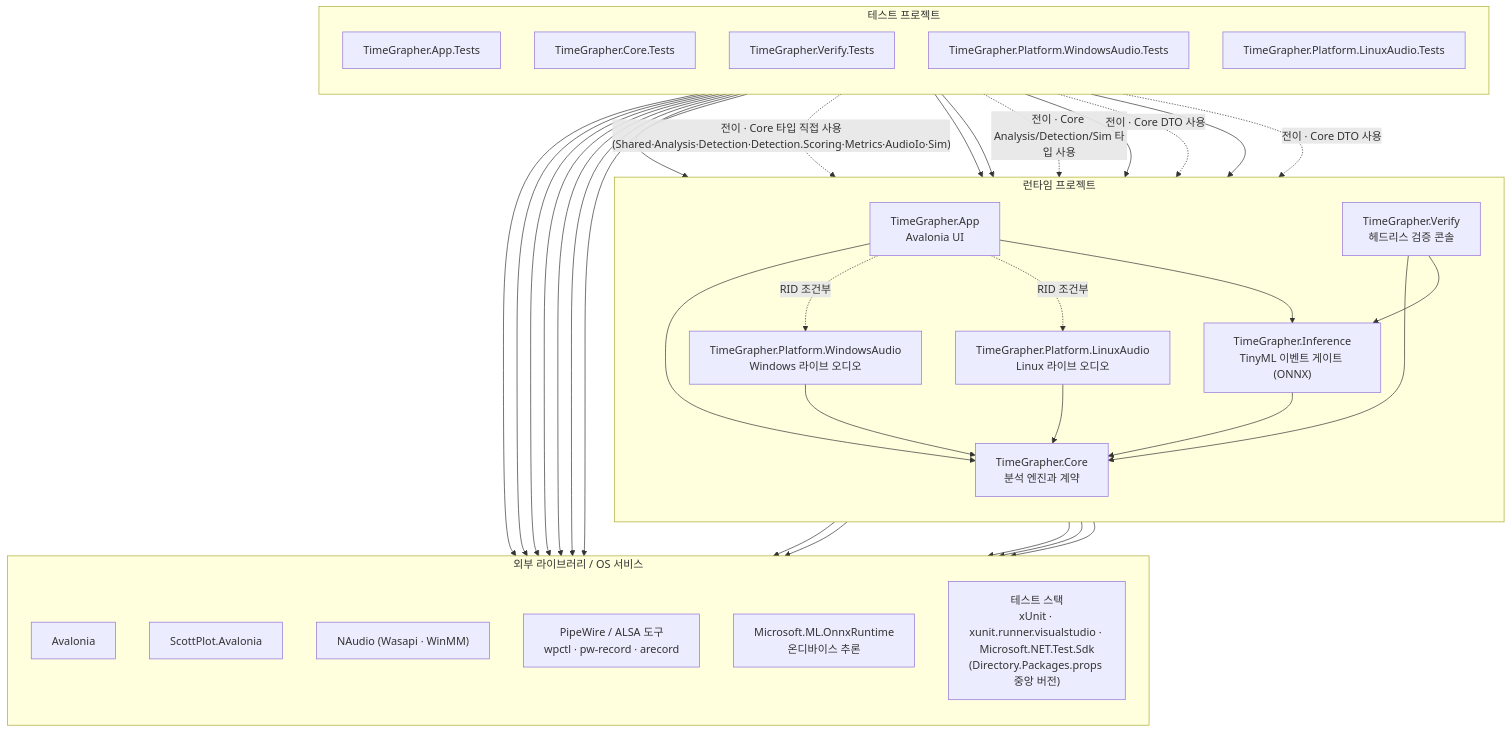
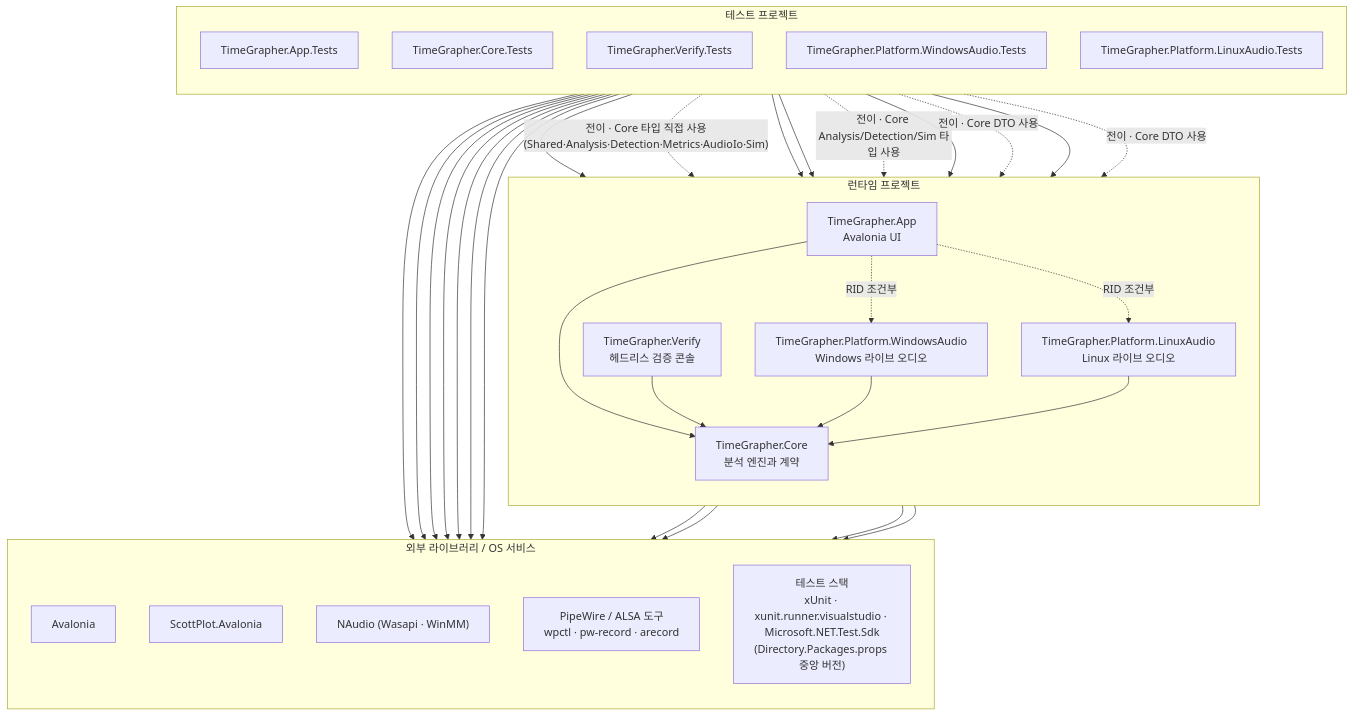
Before and after one commit to Jae-hong-5/TimeGrapher-Net: the first of 3 diagrams in docs/for-ai/MODULE_USES_VIEW.md, drawn with Mermaid. The commit also changed other lines of this file and 4 other files, not shown here.

````diff
--- a/docs/for-ai/MODULE_USES_VIEW.md
+++ b/docs/for-ai/MODULE_USES_VIEW.md
@@ -9,64 +9,58 @@
 ```mermaid
 flowchart TB
     subgraph Runtime["런타임 프로젝트"]
         direction TB
         App["TimeGrapher.App<br/>Avalonia UI"]
         Verify["TimeGrapher.Verify<br/>헤드리스 검증 콘솔"]
         WindowsAudio["TimeGrapher.Platform.WindowsAudio<br/>Windows 라이브 오디오"]
         LinuxAudio["TimeGrapher.Platform.LinuxAudio<br/>Linux 라이브 오디오"]
-        Inference["TimeGrapher.Inference<br/>TinyML 이벤트 게이트 (ONNX)"]
         Core["TimeGrapher.Core<br/>분석 엔진과 계약"]
     end
 
     subgraph Tests["테스트 프로젝트"]
         direction TB
         AppTests["TimeGrapher.App.Tests"]
         CoreTests["TimeGrapher.Core.Tests"]
         VerifyTests["TimeGrapher.Verify.Tests"]
         WindowsAudioTests["TimeGrapher.Platform.WindowsAudio.Tests"]
         LinuxAudioTests["TimeGrapher.Platform.LinuxAudio.Tests"]
     end
 
     subgraph External["외부 라이브러리 / OS 서비스"]
         direction TB
         Avalonia["Avalonia"]
         ScottPlot["ScottPlot.Avalonia"]
         NAudio["NAudio (Wasapi · WinMM)"]
         LinuxAudioStack["PipeWire / ALSA 도구<br/>wpctl · pw-record · arecord"]
-        OnnxRuntime["Microsoft.ML.OnnxRuntime<br/>온디바이스 추론"]
         Xunit["테스트 스택<br/>xUnit · xunit.runner.visualstudio · Microsoft.NET.Test.Sdk<br/>(Directory.Packages.props 중앙 버전)"]
     end
 
     App --> Core
     App -. "RID 조건부" .-> WindowsAudio
     App -. "RID 조건부" .-> LinuxAudio
-    App --> Inference
     Verify --> Core
-    Verify --> Inference
     WindowsAudio --> Core
     LinuxAudio --> Core
-    Inference --> Core
-    Inference --> OnnxRuntime
 
     AppTests --> App
-    AppTests -. "전이 · Core 타입 직접 사용(Shared·Analysis·Detection·Detection.Scoring·Metrics·AudioIo·Sim)" .-> Core
+    AppTests -. "전이 · Core 타입 직접 사용(Shared·Analysis·Detection·Metrics·AudioIo·Sim)" .-> Core
     CoreTests --> Core
     VerifyTests --> Verify
     VerifyTests -. "전이 · Core Analysis/Detection/Sim 타입 사용" .-> Core
     WindowsAudioTests --> WindowsAudio
     WindowsAudioTests -. "전이 · Core DTO 사용" .-> Core
     LinuxAudioTests --> LinuxAudio
     LinuxAudioTests -. "전이 · Core DTO 사용" .-> Core
 
     App --> Avalonia
     App --> ScottPlot
     WindowsAudio --> NAudio
     LinuxAudio --> LinuxAudioStack
     AppTests --> Avalonia
     AppTests --> ScottPlot
     AppTests --> Xunit
     CoreTests --> Xunit
     VerifyTests --> Xunit
     WindowsAudioTests --> Xunit
     LinuxAudioTests --> Xunit
 ```
````
